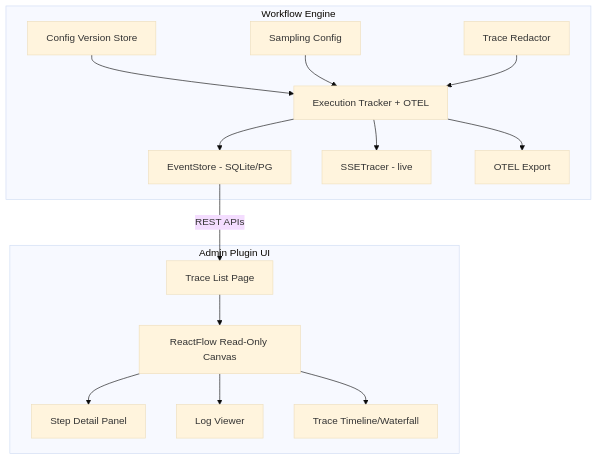
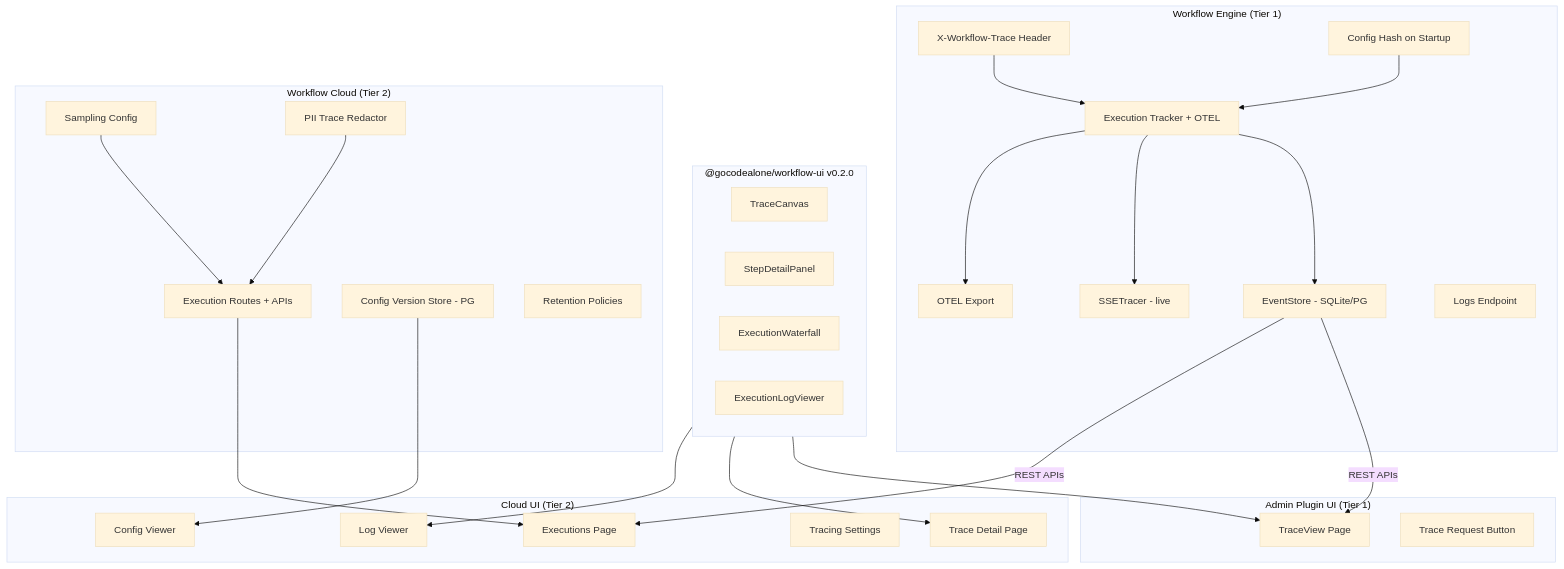
One commit to GoCodeAlone/workflow changed the diagram in docs/plans/2026-03-05-workflow-tracing-visualization-design.md. Above: the diagram before and after it, drawn with Mermaid (base theme). The commit also changed other lines of this file, not shown here.

First line of the commit message:
docs: update design doc to match approved two-tier architecture

````diff
--- a/docs/plans/2026-03-05-workflow-tracing-visualization-design.md
+++ b/docs/plans/2026-03-05-workflow-tracing-visualization-design.md
@@ -11,33 +17,58 @@
 ```mermaid
 graph TB
-    subgraph Engine["Workflow Engine"]
-        CVS[Config Version Store]
+    subgraph Engine["Workflow Engine (Tier 1)"]
+        TH[X-Workflow-Trace Header]
         ET[Execution Tracker + OTEL]
         ES[EventStore - SQLite/PG]
         SSE[SSETracer - live]
         OTEL[OTEL Export]
-        SC[Sampling Config]
-        TR[Trace Redactor]
+        CH[Config Hash on Startup]
+        LE[Logs Endpoint]
     end
 
-    subgraph Admin["Admin Plugin UI"]
-        TL[Trace List Page]
-        TC[ReactFlow Read-Only Canvas]
-        SD[Step Detail Panel]
-        LV[Log Viewer]
-        TW[Trace Timeline/Waterfall]
+    subgraph SharedLib["@gocodealone/workflow-ui v0.2.0"]
+        TC[TraceCanvas]
+        SD[StepDetailPanel]
+        TW[ExecutionWaterfall]
+        LV[ExecutionLogViewer]
     end
 
-    CVS --> ET
-    SC --> ET
-    TR --> ET
+    subgraph Admin["Admin Plugin UI (Tier 1)"]
+        TV[TraceView Page]
+        TB[Trace Request Button]
+    end
+
+    subgraph Cloud["Workflow Cloud (Tier 2)"]
+        ER[Execution Routes + APIs]
+        SC[Sampling Config]
+        CVS[Config Version Store - PG]
+        RP[Retention Policies]
+        TR[PII Trace Redactor]
+    end
+
+    subgraph CloudUI["Cloud UI (Tier 2)"]
+        EP[Executions Page]
+        TD[Trace Detail Page]
+        CV[Config Viewer]
+        TS[Tracing Settings]
+        CLV[Log Viewer]
+    end
+
+    TH --> ET
+    CH --> ET
     ET --> ES
     ET --> SSE
     ET --> OTEL
 
-    ES -->|REST APIs| TL
-    TL --> TC
-    TC --> SD
-    TC --> LV
-    TC --> TW
+    ES -->|REST APIs| TV
+    ES -->|REST APIs| EP
+
+    SharedLib --> TV
+    SharedLib --> TD
+    SharedLib --> CLV
+
+    ER --> EP
+    SC --> ER
+    CVS --> CV
+    TR --> ER
 ```
````
